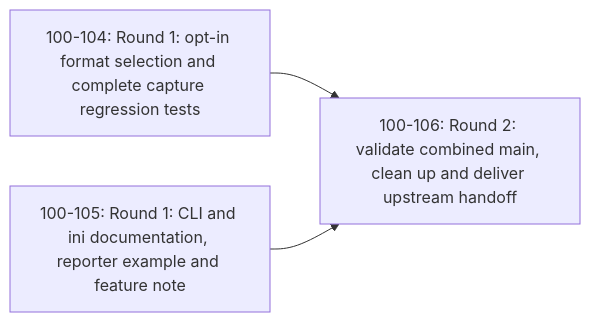
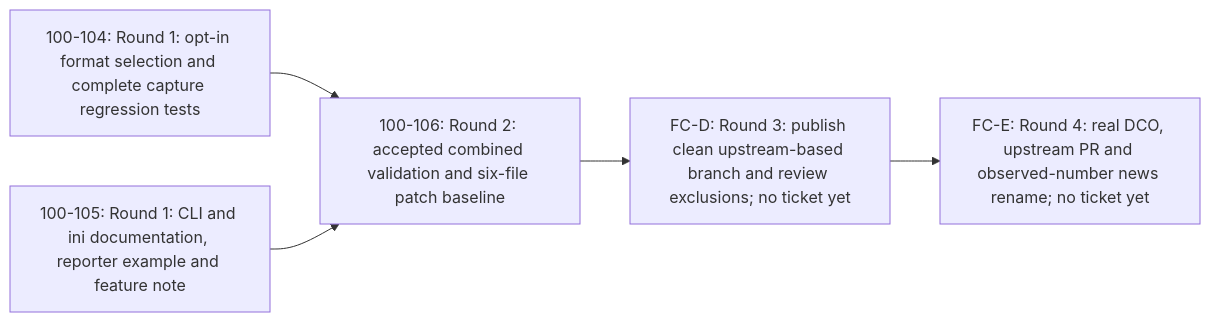
Before and after one commit to jeremycarroll/pytest-memray: the diagram in docs/symphony-plans/fan-out-plan-100-102-full-captures.mmd, drawn with Mermaid. The commit also changed 4 other files, not shown here.

Commit message:
[100-107]: plan clean contribution branch and upstream submission

```diff
--- a/docs/symphony-plans/fan-out-plan-100-102-full-captures.mmd
+++ b/docs/symphony-plans/fan-out-plan-100-102-full-captures.mmd
@@ -1,7 +1,11 @@
 %% symphony-dag/v1
 flowchart LR
   FC_A["100-104: Round 1: opt-in format selection and complete capture regression tests"]
   FC_B["100-105: Round 1: CLI and ini documentation, reporter example and feature note"]
-  FC_C["100-106: Round 2: validate combined main, clean up and deliver upstream handoff"]
+  FC_C["100-106: Round 2: accepted combined validation and six-file patch baseline"]
+  FC_D["FC-D: Round 3: publish clean upstream-based branch and review exclusions; no ticket yet"]
+  FC_E["FC-E: Round 4: real DCO, upstream PR and observed-number news rename; no ticket yet"]
   FC_A --> FC_C
   FC_B --> FC_C
+  FC_C --> FC_D
+  FC_D --> FC_E
```
